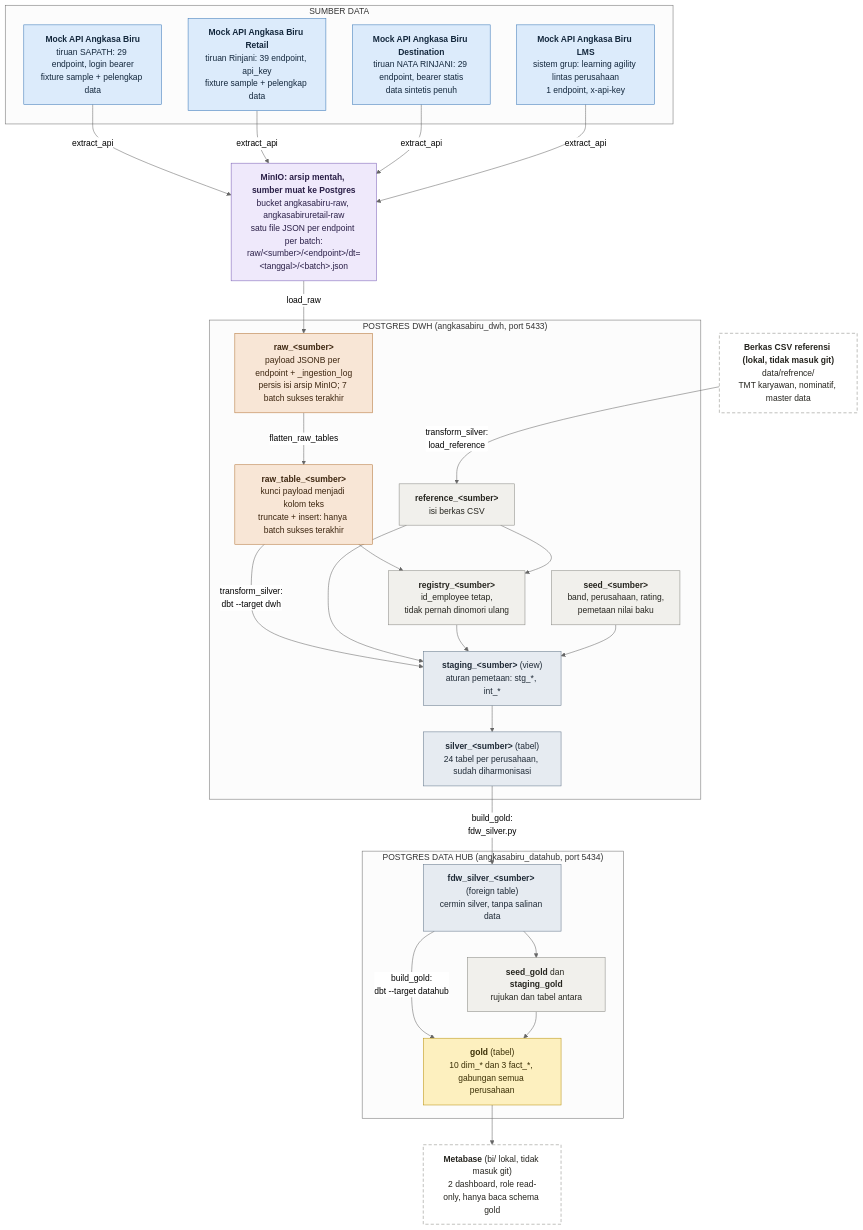
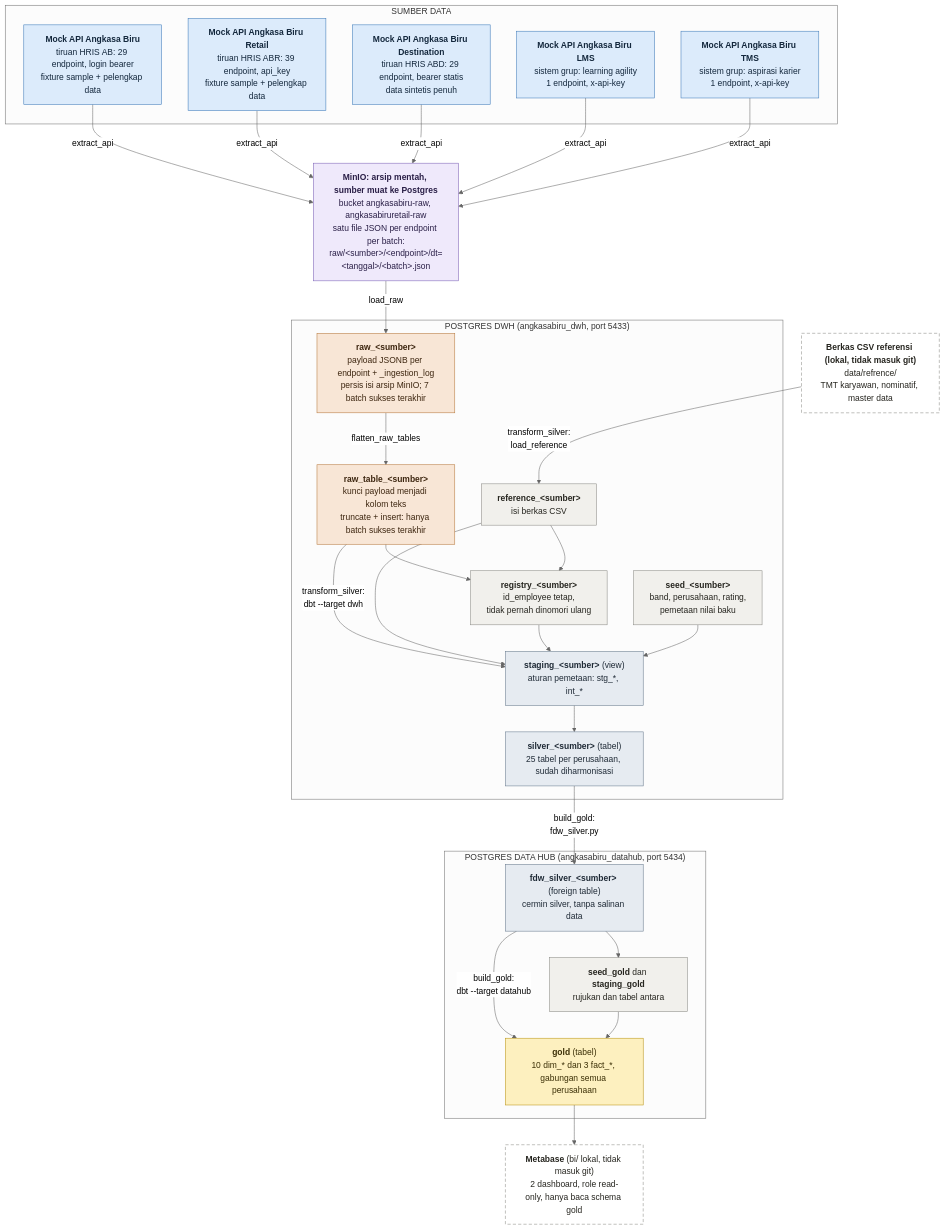
One commit to habiebdymiati/final_project_dibimibing changed the diagram in docs/diagrams/proses-1-alur-data.mmd. Above: the diagram before and after it, drawn with Mermaid (neutral theme). The commit also changed 17 other files, not shown here.

```diff
--- a/docs/diagrams/proses-1-alur-data.mmd
+++ b/docs/diagrams/proses-1-alur-data.mmd
@@ -1,56 +1,58 @@
 flowchart TB
     subgraph SUMBER["SUMBER DATA"]
-        API1["<b>Mock API Angkasa Biru</b><br/>tiruan SAPATH: 29 endpoint, login bearer<br/>fixture sample + pelengkap data"]:::api
-        API2["<b>Mock API Angkasa Biru Retail</b><br/>tiruan Rinjani: 39 endpoint, api_key<br/>fixture sample + pelengkap data"]:::api
-        API3["<b>Mock API Angkasa Biru Destination</b><br/>tiruan NATA RINJANI: 29 endpoint, bearer statis<br/>data sintetis penuh"]:::api
-        API4["<b>Mock API Angkasa Biru LMS</b><br/>sistem grup: learning agility lintas perusahaan<br/>1 endpoint, x-api-key"]:::api
+        API1["<b>Mock API Angkasa Biru</b><br/>tiruan HRIS AB: 29 endpoint, login bearer<br/>fixture sample + pelengkap data"]:::api
+        API2["<b>Mock API Angkasa Biru Retail</b><br/>tiruan HRIS ABR: 39 endpoint, api_key<br/>fixture sample + pelengkap data"]:::api
+        API3["<b>Mock API Angkasa Biru Destination</b><br/>tiruan HRIS ABD: 29 endpoint, bearer statis<br/>data sintetis penuh"]:::api
+        API4["<b>Mock API Angkasa Biru LMS</b><br/>sistem grup: learning agility<br/>1 endpoint, x-api-key"]:::api
+        API5["<b>Mock API Angkasa Biru TMS</b><br/>sistem grup: aspirasi karier<br/>1 endpoint, x-api-key"]:::api
     end
     CSV["<b>Berkas CSV referensi (lokal, tidak masuk git)</b><br/>data/refrence/<br/>TMT karyawan, nominatif, master data"]:::lokal
 
     MINIO["<b>MinIO: arsip mentah, sumber muat ke Postgres</b><br/>bucket angkasabiru-raw, angkasabiruretail-raw<br/>satu file JSON per endpoint per batch:<br/>raw/#lt;sumber#gt;/#lt;endpoint#gt;/dt=#lt;tanggal#gt;/#lt;batch#gt;.json"]:::arsip
 
     subgraph DWH["POSTGRES DWH (angkasabiru_dwh, port 5433)"]
         RAW["<b>raw_#lt;sumber#gt;</b><br/>payload JSONB per endpoint + _ingestion_log<br/>persis isi arsip MinIO; 7 batch sukses terakhir"]:::raw
         RT["<b>raw_table_#lt;sumber#gt;</b><br/>kunci payload menjadi kolom teks<br/>truncate + insert: hanya batch sukses terakhir"]:::raw
         REF["<b>reference_#lt;sumber#gt;</b><br/>isi berkas CSV"]:::pendukung
         SEED["<b>seed_#lt;sumber#gt;</b><br/>band, perusahaan, rating,<br/>pemetaan nilai baku"]:::pendukung
         REG["<b>registry_#lt;sumber#gt;</b><br/>id_employee tetap,<br/>tidak pernah dinomori ulang"]:::pendukung
         STG["<b>staging_#lt;sumber#gt;</b> (view)<br/>aturan pemetaan: stg_*, int_*"]:::silver
-        SIL["<b>silver_#lt;sumber#gt;</b> (tabel)<br/>24 tabel per perusahaan, sudah diharmonisasi"]:::silver
+        SIL["<b>silver_#lt;sumber#gt;</b> (tabel)<br/>25 tabel per perusahaan, sudah diharmonisasi"]:::silver
     end
 
     subgraph HUB["POSTGRES DATA HUB (angkasabiru_datahub, port 5434)"]
         FDW["<b>fdw_silver_#lt;sumber#gt;</b> (foreign table)<br/>cermin silver, tanpa salinan data"]:::silver
         ANT["<b>seed_gold</b> dan <b>staging_gold</b><br/>rujukan dan tabel antara"]:::pendukung
         GOLD["<b>gold</b> (tabel)<br/>10 dim_* dan 3 fact_*, gabungan semua perusahaan"]:::gold
     end
 
     MB["<b>Metabase</b> (bi/ lokal, tidak masuk git)<br/>2 dashboard, role read-only, hanya baca schema gold"]:::lokal
 
     API1 -->|"extract_api"| MINIO
     API2 -->|"extract_api"| MINIO
     API3 -->|"extract_api"| MINIO
     API4 -->|"extract_api"| MINIO
+    API5 -->|"extract_api"| MINIO
     MINIO -->|"load_raw"| RAW
     RAW -->|"flatten_raw_tables"| RT
     CSV -->|"transform_silver:<br/>load_reference"| REF
     RT --> REG
     REF --> REG
     RT -->|"transform_silver:<br/>dbt --target dwh"| STG
     REF --> STG
     REG --> STG
     SEED --> STG
     STG --> SIL
     SIL -->|"build_gold:<br/>fdw_silver.py"| FDW
     FDW --> ANT
     FDW -->|"build_gold:<br/>dbt --target datahub"| GOLD
     ANT --> GOLD
     GOLD --> MB
 
     classDef api fill:#dcebfb,stroke:#3b78b8,color:#14283d;
     classDef arsip fill:#efe9fb,stroke:#7a5fb5,color:#2a1f47;
     classDef raw fill:#f8e6d6,stroke:#b5763a,color:#3d2610;
     classDef pendukung fill:#f1f0ec,stroke:#8a8984,color:#26251f;
     classDef silver fill:#e6ebf1,stroke:#66788c,color:#1f2a36;
     classDef gold fill:#fdf0bf,stroke:#b8920f,color:#3b2f06;
     classDef lokal fill:#ffffff,stroke:#8a8984,stroke-dasharray:6 4,color:#26251f;
```
